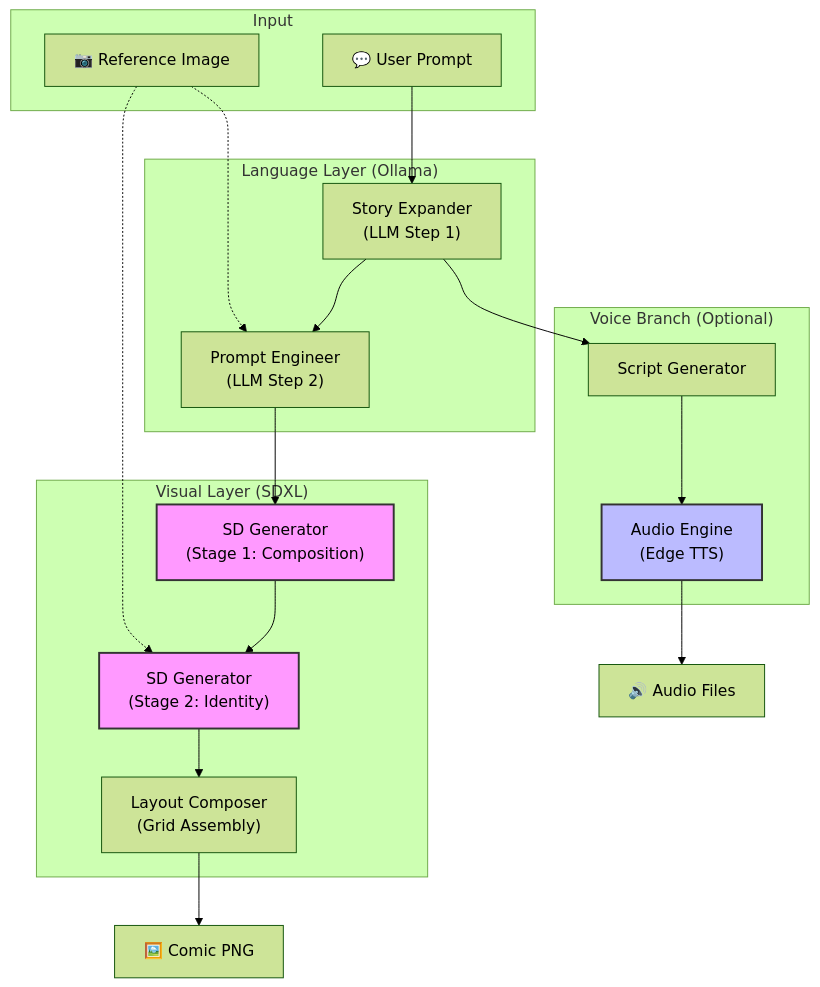
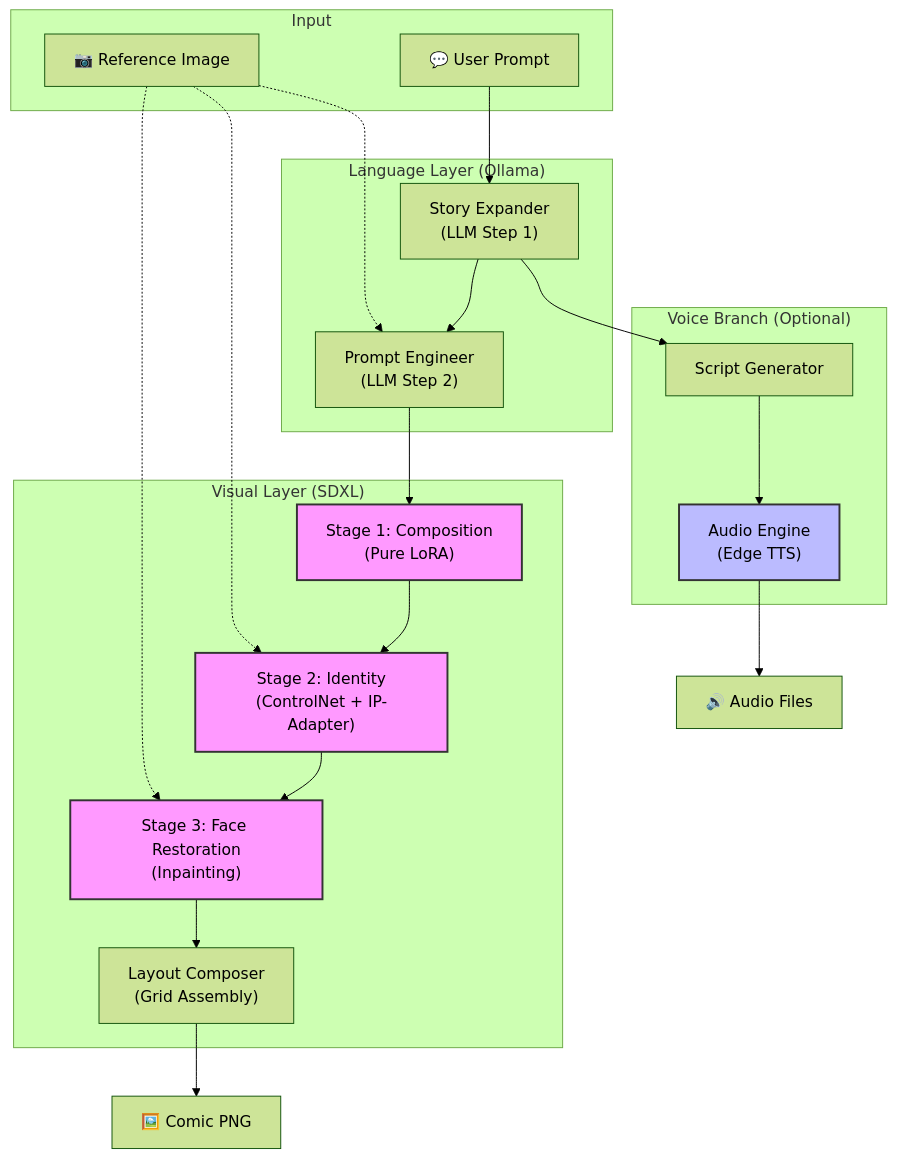
Before and after one commit to lpy888999/sd-manga-gen: the diagram in README.md, drawn with Mermaid (forest theme).

Commit message:
docs: refine visual layer diagram to show 3-stage process

````diff
--- a/README.md
+++ b/README.md
@@ -10,42 +10,46 @@
 ```mermaid
 flowchart TD
     subgraph Input
         A["📷 Reference Image"]
         B["💬 User Prompt"]
     end
 
     subgraph "Language Layer (Ollama)"
         C["Story Expander\n(LLM Step 1)"]
         D["Prompt Engineer\n(LLM Step 2)"]
     end
 
     subgraph "Visual Layer (SDXL)"
-        E["SD Generator\n(Stage 1: Composition)"]
-        F["SD Generator\n(Stage 2: Identity)"]
+        E["Stage 1: Composition\n(Pure LoRA)"]
+        F["Stage 2: Identity\n(ControlNet + IP-Adapter)"]
+        FX["Stage 3: Face Restoration\n(Inpainting)"]
         G["Layout Composer\n(Grid Assembly)"]
     end
 
     subgraph "Voice Branch (Optional)"
         H["Script Generator"]
         I["Audio Engine\n(Edge TTS)"]
     end
 
     B --> C
     C --> D
     D --> E
     E --> F
-    F --> G
+    F --> FX
+    FX --> G
     
     C --> H
     H --> I
     
     A -.-> D
     A -.-> F
+    A -.-> FX
     
     G --> K["🖼️ Comic PNG"]
     I --> L["🔊 Audio Files"]
 
     style E fill:#f9f,stroke:#333,stroke-width:2px
     style F fill:#f9f,stroke:#333,stroke-width:2px
+    style FX fill:#f9f,stroke:#333,stroke-width:2px
     style I fill:#bbf,stroke:#333,stroke-width:2px
 ```
````
